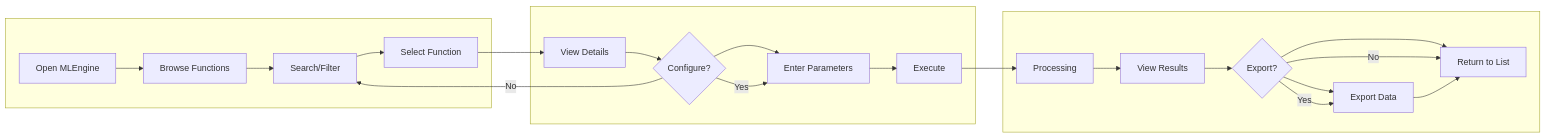
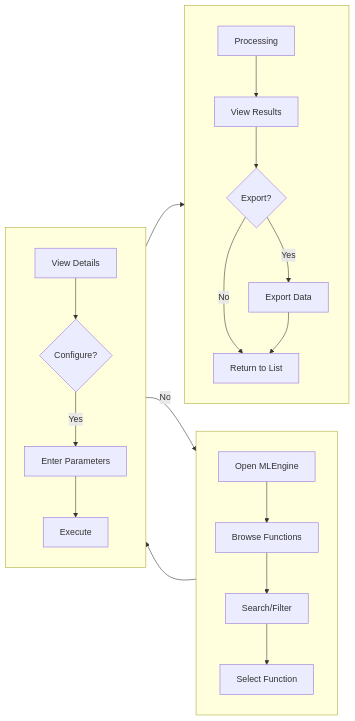
Before and after one commit to RoundRobinHood/cogniflight-cloud: the sixth of 10 diagrams in docs/SEN3781_Assignment4_Information_Architecture_Report.md, drawn with Mermaid. The commit also changed other lines of this file, not shown here.

Commit message:
improved diagram readability

````diff
--- a/docs/SEN3781_Assignment4_Information_Architecture_Report.md
+++ b/docs/SEN3781_Assignment4_Information_Architecture_Report.md
@@ -301,20 +321,26 @@
 ```mermaid
 flowchart LR
     subgraph row1[" "]
-        A[Open MLEngine] --> B[Browse Functions] --> C[Search/Filter] --> D[Select Function]
+        direction TB
+        A[Open MLEngine] --> B[Browse Functions]
+        B --> C[Search/Filter]
+        C --> D[Select Function]
     end
     subgraph row2[" "]
-        E[View Details] --> F{Configure?} --> G[Enter Parameters] --> H[Execute]
+        direction TB
+        E[View Details] --> F{Configure?}
+        F -->|Yes| G[Enter Parameters]
+        G --> H[Execute]
     end
     subgraph row3[" "]
-        I[Processing] --> J[View Results] --> K{Export?} --> L[Export Data]
-        K --> M[Return to List]
+        direction TB
+        I[Processing] --> J[View Results]
+        J --> K{Export?}
+        K -->|Yes| L[Export Data]
+        K -->|No| M[Return to List]
+        L --> M
     end
     D --> E
     F -->|No| C
-    F -->|Yes| G
     H --> I
-    K -->|Yes| L
-    K -->|No| M
-    L --> M
 ```
````
